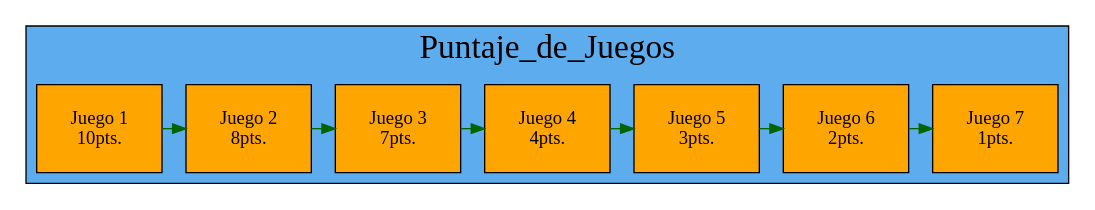
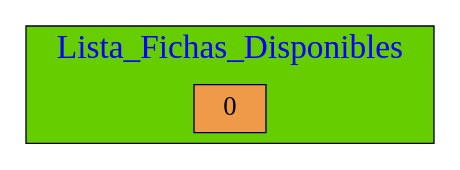
Before and after one commit to mariotun/EDD_1S2020_PY1_201602942: the diagram in Graficas/Score_Board_Usuario.dot, drawn with Graphviz. The commit also changed 25 other files, not shown here.

```diff
--- a/Graficas/Score_Board_Usuario.dot
+++ b/Graficas/Score_Board_Usuario.dot
@@ -1,28 +1,23 @@
-digraph Lista_Simple{
+digraph Lista_Doble{
 
-subgraph cluster_1{
+graph[ranksep= "0.5",nodesep= "0.5"];
+node[fontcolor=black shape=box style=filled fillcolor=tan2 fontsize=20];
 
-fontname=algerian;
+subgraph cluster_1 {
+
+fontname=algerian
 fontsize=25;
-style=filled;
-fillcolor=steelblue2;
-label="Puntaje_de_Juegos";
-
- labelloc=t; 
-node[margin=0.25 style=filled fillcolor=orange shape=box];
-{rank=same;
-25770344480[label=" Juego 1\n10pts."];
-25770344416[label=" Juego 2\n8pts."];
-25770344384[label=" Juego 3\n7pts."];
-25770344320[label=" Juego 4\n4pts."];
-25770344288[label=" Juego 5\n3pts."];
-25770344448[label=" Juego 6\n2pts."];
-25770344352[label=" Juego 7\n1pts."];
+label="Lista_Fichas_Disponibles";
+fontcolor=blue
+style=filled
+fillcolor=chartreuse3
+labelloc=t;{rank=same;
+25770516288[label=" 0"];
 };
 
-25770344480->25770344416->25770344384->25770344320->25770344288->25770344448->25770344352
-[dir=front color=darkgreen];
+25770516288
+[dir=front color=black];
 
  }
 
 }
```
